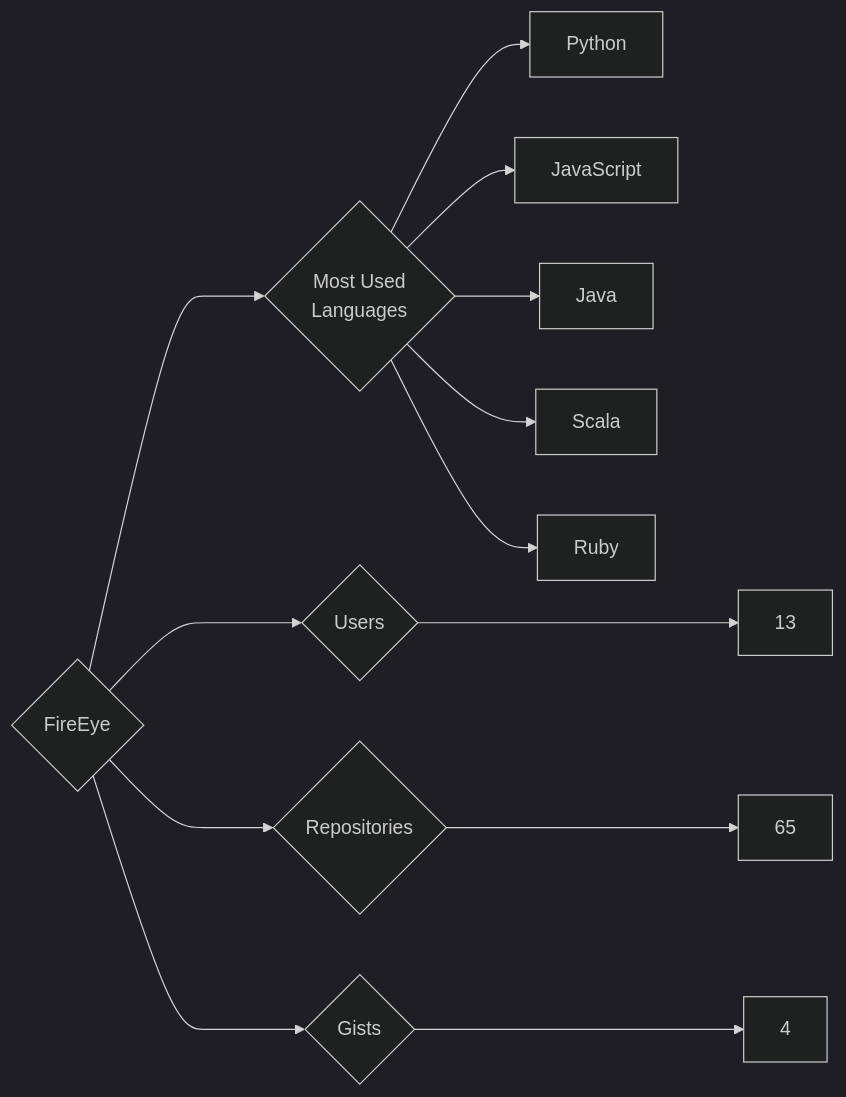
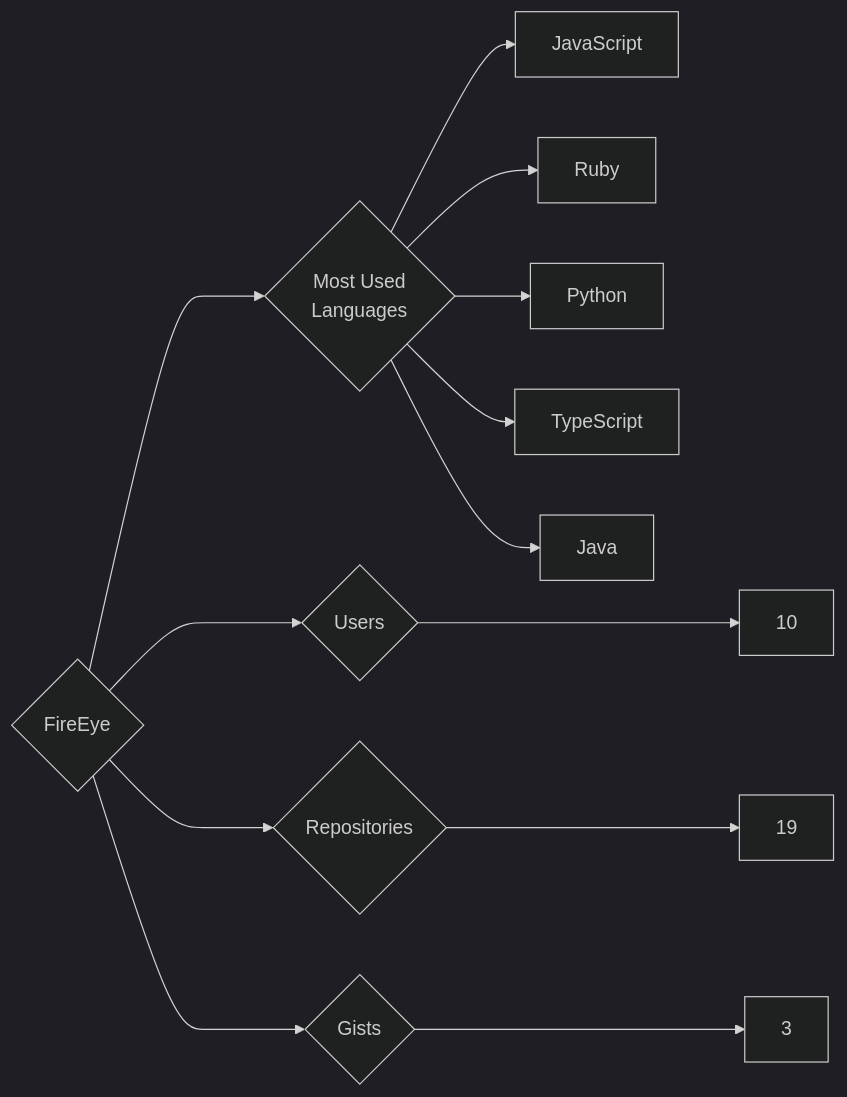
Before and after one commit to trickest/insiders: the diagram in targets/FireEye/README.md, drawn with Mermaid (dark theme). The commit also changed 1088 other files, not shown here.

````diff
--- a/targets/FireEye/README.md
+++ b/targets/FireEye/README.md
@@ -3,13 +3,13 @@
 ```mermaid
 graph LR
 COMPANY_NAME{FireEye}
-COMPANY_NAME ---> U{Users} ---> UN[13]
-COMPANY_NAME ---> R{Repositories} ---> RN[65]
-COMPANY_NAME ---> G{Gists} ---> GN[4]
+COMPANY_NAME ---> U{Users} ---> UN[10]
+COMPANY_NAME ---> R{Repositories} ---> RN[19]
+COMPANY_NAME ---> G{Gists} ---> GN[3]
 COMPANY_NAME ---> ML{Most Used<br>Languages}
+ML --> JavaScript[JavaScript]
+ML --> Ruby[Ruby]
 ML --> Python[Python]
-ML --> JavaScript[JavaScript]
+ML --> TypeScript[TypeScript]
 ML --> Java[Java]
-ML --> Scala[Scala]
-ML --> Ruby[Ruby]
 ```
````
